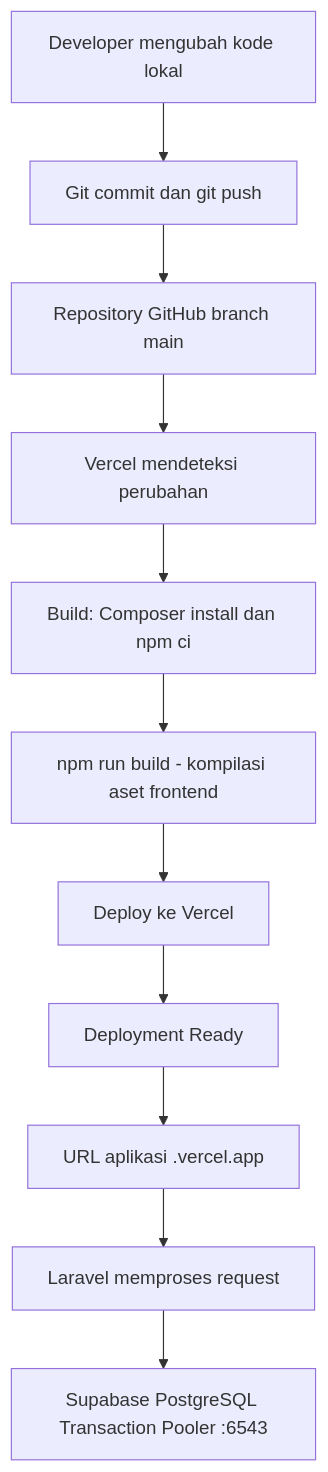
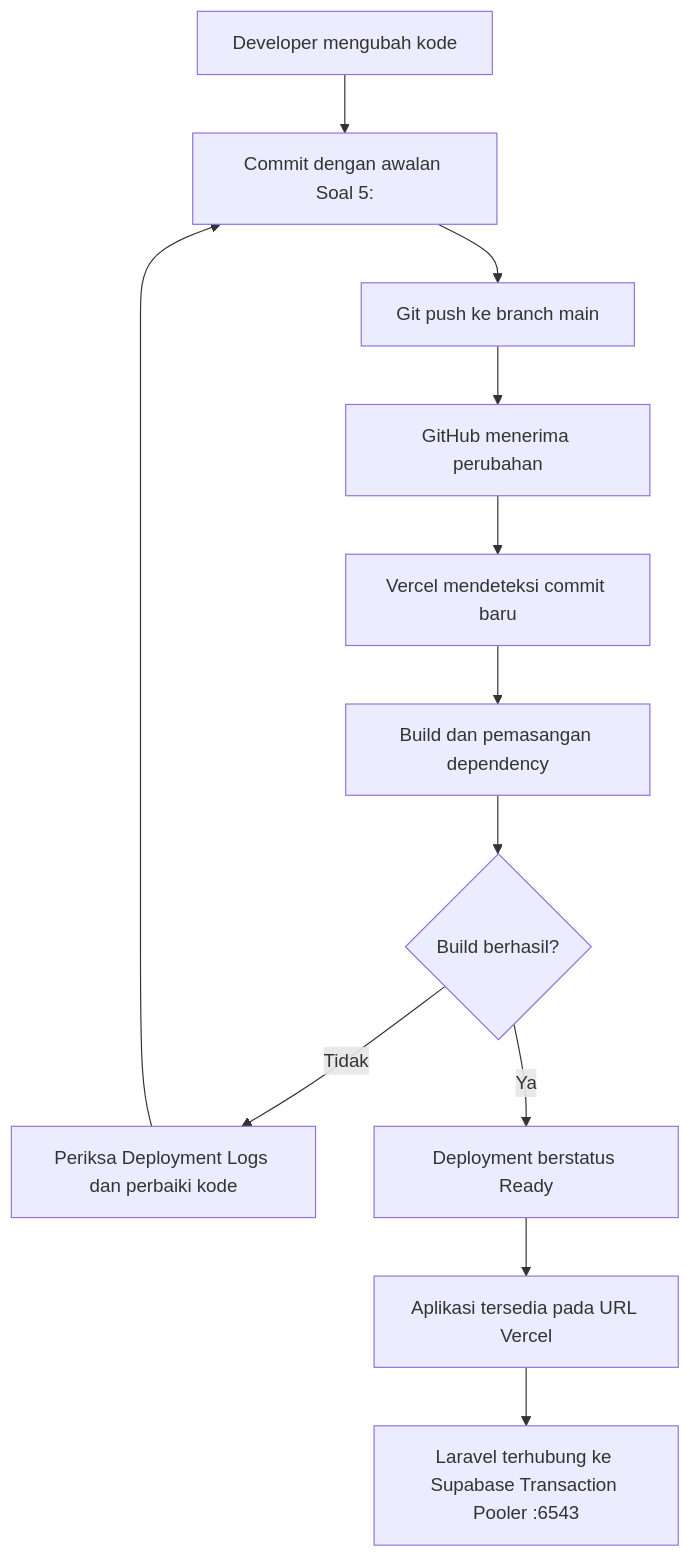
The diagram in PANDUAN_MODUL7.md (ejiu1705/RuangBaca_perpsutakaan), drawn with Mermaid before and after one commit. The commit also changed other lines of this file and 149 other files, not shown here.

Commit message:
Soal 1: Persiapan proyek dan repository GitHub

````diff
--- a/PANDUAN_MODUL7.md
+++ b/PANDUAN_MODUL7.md
@@ -329,13 +366,14 @@
 ```mermaid
 flowchart TD
-    A[Developer mengubah kode lokal] --> B[Git commit dan git push]
-    B --> C[Repository GitHub branch main]
-    C --> D[Vercel mendeteksi perubahan]
-    D --> E[Build: Composer install dan npm ci]
-    E --> F[ npm run build - kompilasi aset frontend ]
-    F --> G[Deploy ke Vercel]
-    G --> H[Deployment Ready]
-    H --> I[URL aplikasi .vercel.app]
-    I --> J[Laravel memproses request]
-    J --> K[Supabase PostgreSQL Transaction Pooler :6543]
+    A[Developer mengubah kode] --> B[Commit dengan awalan Soal 5:]
+    B --> C[Git push ke branch main]
+    C --> D[GitHub menerima perubahan]
+    D --> E[Vercel mendeteksi commit baru]
+    E --> F[Build dan pemasangan dependency]
+    F --> G{Build berhasil?}
+    G -- Tidak --> H[Periksa Deployment Logs dan perbaiki kode]
+    H --> B
+    G -- Ya --> I[Deployment berstatus Ready]
+    I --> J[Aplikasi tersedia pada URL Vercel]
+    J --> K[Laravel terhubung ke Supabase Transaction Pooler :6543]
 ```
````
